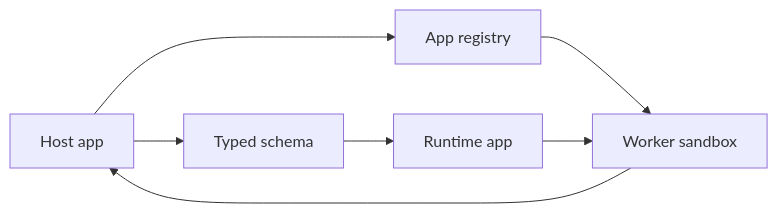
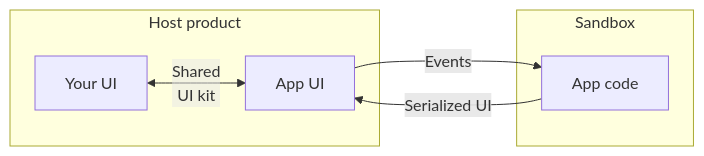
The diagram in apps/docs/content/docs/(getting-started)/how-apps-work.mdx (AlfieJones/tailorkit), drawn with Mermaid before and after one commit. The commit also changed other lines of this file and 22 other files, not shown here.

````diff
--- a/apps/docs/content/docs/(getting-started)/how-apps-work.mdx
+++ b/apps/docs/content/docs/(getting-started)/how-apps-work.mdx
@@ -24,9 +22,15 @@
 ```mermaid
 flowchart LR
-  Host["Host app"] --> Schema["Typed schema"]
-  Schema --> App["Runtime app"]
-  Host --> Registry["App registry"]
-  Registry --> Sandbox["Worker sandbox"]
-  App --> Sandbox
-  Sandbox --> Host
+  subgraph Host["Host product"]
+    ProductUi["Your UI"]
+    AppUi["App UI"]
+    ProductUi <-->|"<div class='bg-card'>Shared<br />UI kit</div>"| AppUi
+  end
+
+  subgraph Sandbox["Sandbox"]
+    AppCode["App code"]
+  end
+
+  AppUi -->|"Events"| AppCode
+  AppCode -->|"Serialized UI"| AppUi
 ```
````
